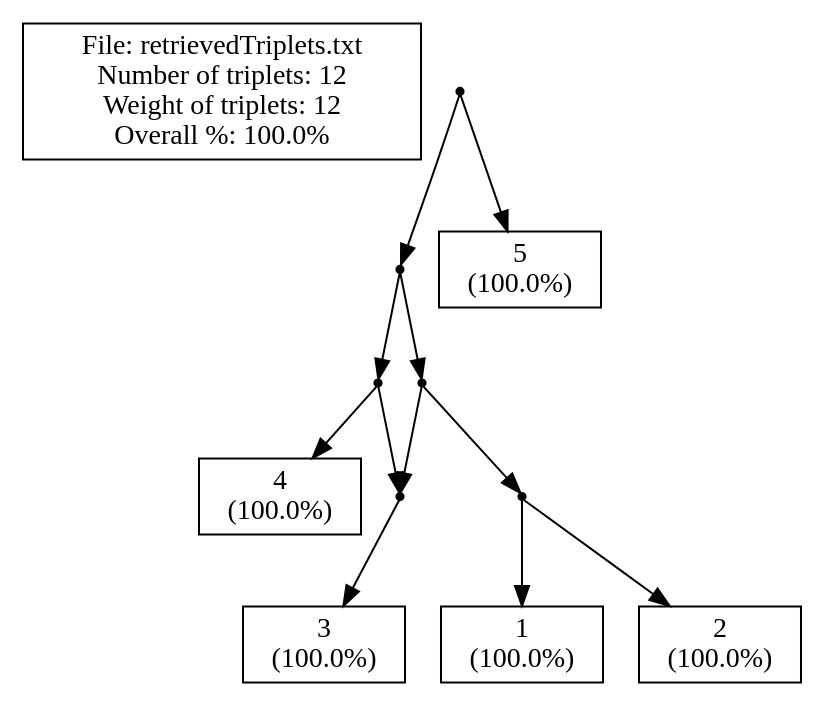
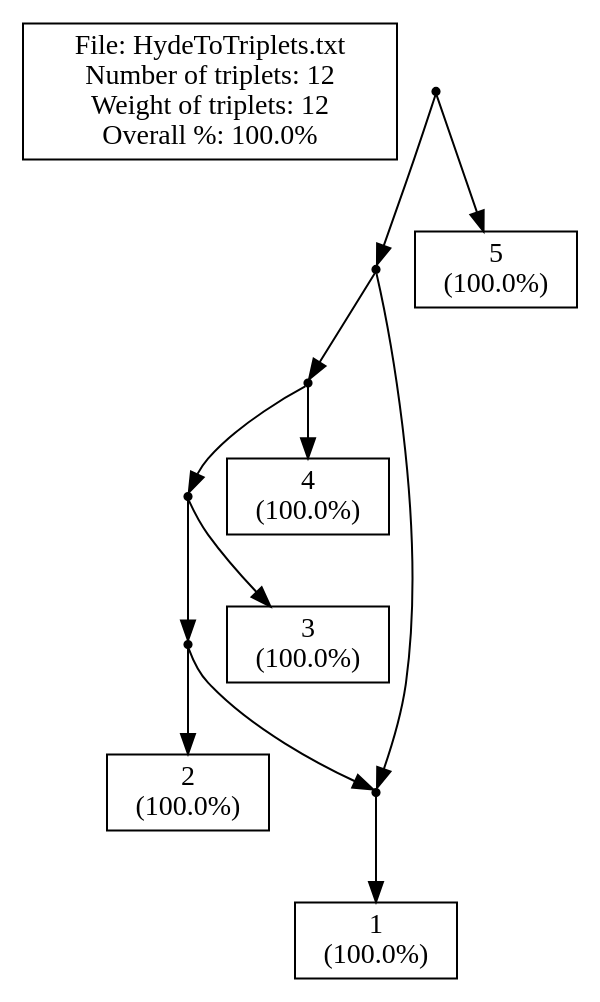
Before and after one commit to iharnoor/PhylogeneticsWebsite: the diagram in ParsingTxt/cExample1.dot, drawn with Graphviz. The commit also changed 9 other files, not shown here.

```diff
--- a/ParsingTxt/cExample1.dot
+++ b/ParsingTxt/cExample1.dot
@@ -1,51 +1,51 @@
 // LEV1ATHAN Version 1.0, 21 september 2009
 // COMMENT: Pre-processing the input file to count the leaves
 // COMMENT: Pre-processing showed that there are 5 leaves in the input.
 // SUMMARY: Input had 5 leaves.
 // USER-SETTING: Will *not* post-process output to collapse edges.
 // COMMENT: Triplet set is already dense.
 // SUMMARY: There are 12 triplets in the input.
 // SUMMARY: Total weight of input triplets is 12.
 // COMMENT: We achieved non-trivial local perfection.
 // SUMMARY: (Before post-processing)
 // SUMMARY: We got 12 units of triplet weight, that's 100.0% of total weight.
 // SUMMARY: In total 0 units of triplet weight were -not- consistent with the ouput network.
-// SUMMARY: Output network contained 0 triplets -not- in the original input.
-// SUMMARY: The symmetric difference is thus 0 + (1 * 0) = 0
+// SUMMARY: Output network contained 1 triplets -not- in the original input.
+// SUMMARY: The symmetric difference is thus 0 + (1 * 1) = 1
 // SUMMARY: (After post-processing)
 strict digraph G1 {
 edge [fontsize=8]
-labelbox [shape=box, width=0.4, label="File: retrievedTriplets.txt\nNumber of triplets: 12\nWeight of triplets: 12\nOverall %: 100.0%"];
+labelbox [shape=box, width=0.4, label="File: HydeToTriplets.txt\nNumber of triplets: 12\nWeight of triplets: 12\nOverall %: 100.0%"];
 1000 [shape=point];
 1001 [shape=point];
 1002 [shape=point];
 1003 [shape=point];
+1004 [shape=point];
+1005 [shape=point];
+2 [shape=box, width=0.3, label="1\n(100.0%)"];
+1 [shape=box, width=0.3, label="2\n(100.0%)"];
 3 [shape=box, width=0.3, label="3\n(100.0%)"];
 4 [shape=box, width=0.3, label="4\n(100.0%)"];
-1006 [shape=point];
-1007 [shape=point];
-1 [shape=box, width=0.3, label="1\n(100.0%)"];
-2 [shape=box, width=0.3, label="2\n(100.0%)"];
 5 [shape=box, width=0.3, label="5\n(100.0%)"];
 1000 -> 1001
 1000 -> 5
 1001 -> 1002
-1001 -> 1006
+1001 -> 1005
 1002 -> 1003
 1002 -> 4
+1003 -> 1004
 1003 -> 3
-1006 -> 1007
-1006 -> 1003
-1007 -> 1
-1007 -> 2
-1003 -> 3
+1004 -> 1005
+1004 -> 1
+1005 -> 2
+1005 -> 2
 }
-// SUMMARY: eNewick output: ((((3)#H1,4),((1,2),#H1)),5);
+// SUMMARY: eNewick output: ((((((1)#H1,2),3),4),#H1),5);
 // SUMMARY: In total 0 units of triplet weight were -not- consistent with the ouput network.
-// SUMMARY: Output network contained 0 triplets -not- in the original input.
+// SUMMARY: Output network contained 1 triplets -not- in the original input.
 // SUMMARY: Weight of missing triplets before contraction minus weight of missing triplets afterwards: 0
 // SUMMARY: Number of surplus triplets before contraction minus number of surplus triplets afterwards: 0
 // CONCLUSION: After post-processing we got 12 units of triplet weight, that's 100.0% of total weight (before post-processing this was 100.0%).
-// CONCLUSION: After post-processing the symmetric difference is thus 0 + (1 * 0) = 0 (before post-processing this was 0)
+// CONCLUSION: After post-processing the symmetric difference is thus 0 + (1 * 1) = 1 (before post-processing this was 1)
 // STAT: PERCENTAGE = 100.0
-// STAT: NETWORK-TRIPLET SD = 0
+// STAT: NETWORK-TRIPLET SD = 1
```
